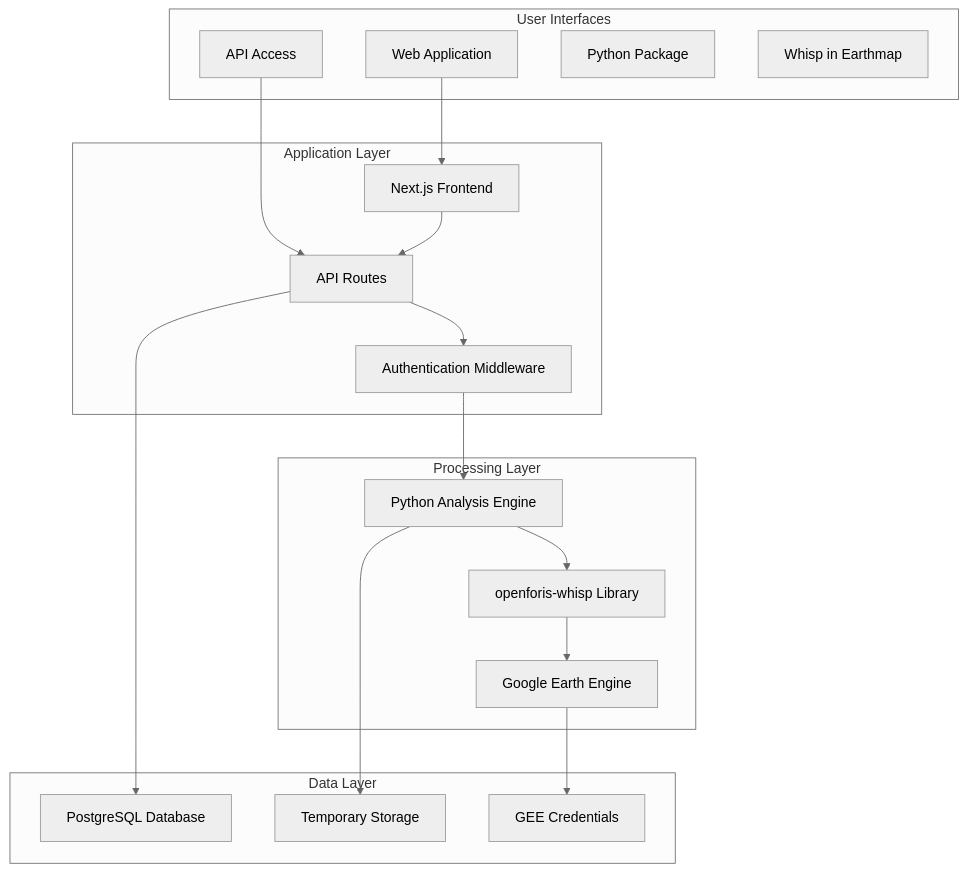
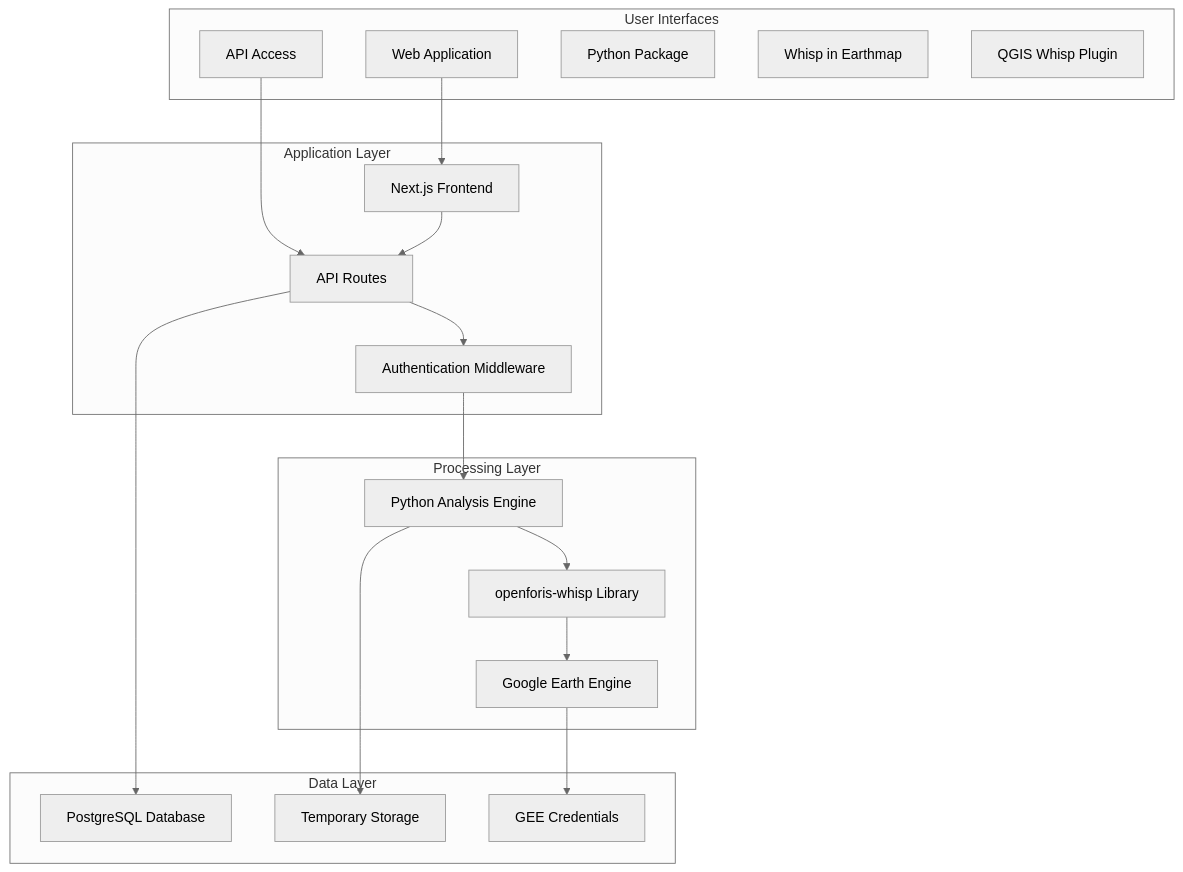
Before and after one commit to forestdatapartnership/whisp-app: the first of 2 diagrams in README.md, drawn with Mermaid (neutral theme).

Commit message:
added qgis whisp plugin to high level architecture

````diff
--- a/README.md
+++ b/README.md
@@ -23,38 +23,39 @@
 ```mermaid
 graph TB
     subgraph "User Interfaces"
         A[Web Application]
         B[API Access]
         C[Python Package]
         D[Whisp in Earthmap]
+        N[QGIS Whisp Plugin]
     end
     
     subgraph "Application Layer"
         E[Next.js Frontend]
         F[API Routes]
         G[Authentication Middleware]
     end
     
     subgraph "Processing Layer"
         H[Python Analysis Engine]
         I[openforis-whisp Library]
         J[Google Earth Engine]
     end
     
     subgraph "Data Layer"
         K[PostgreSQL Database]
         L[Temporary Storage]
         M[GEE Credentials]
     end
     
     A --> E
     B --> F
     E --> F
     F --> G
     G --> H
     H --> I
     I --> J
     F --> K
     H --> L
     J --> M
 ```
````
